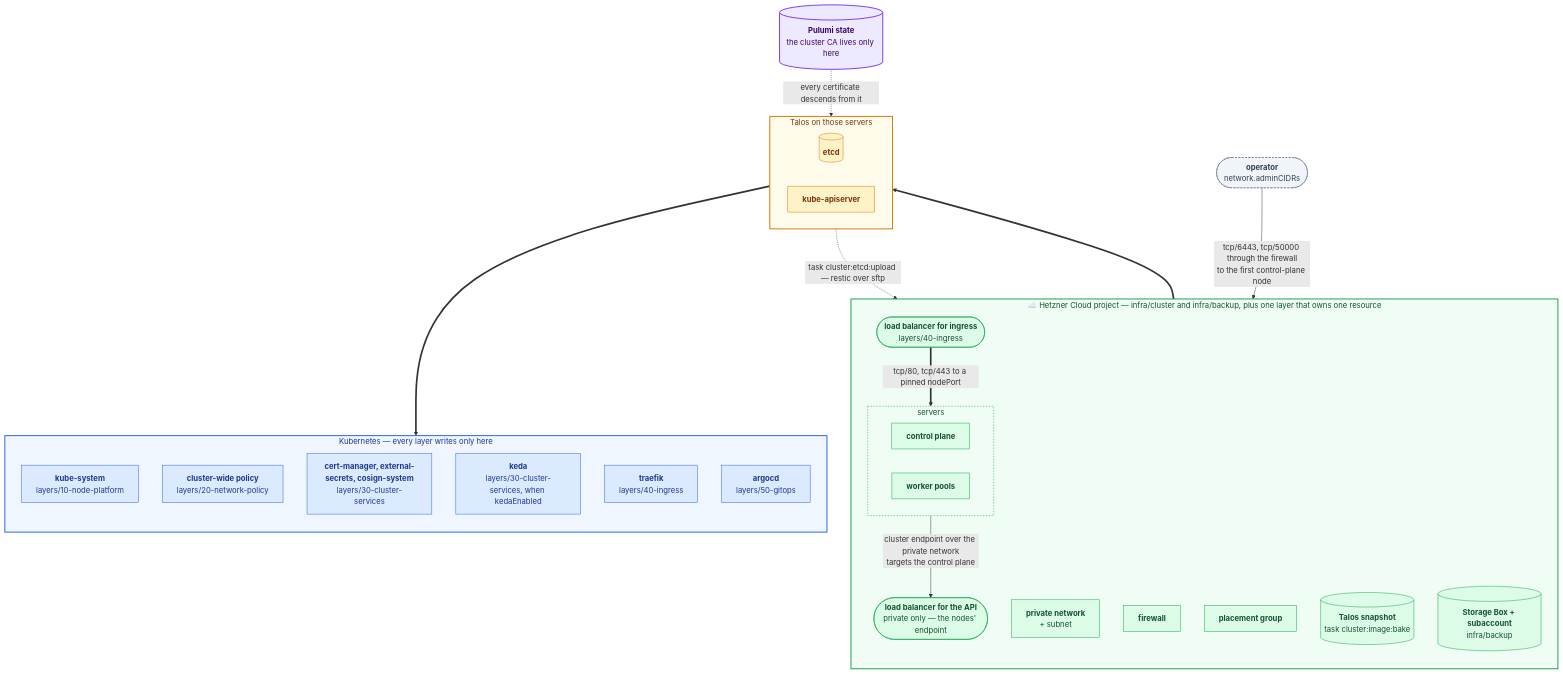
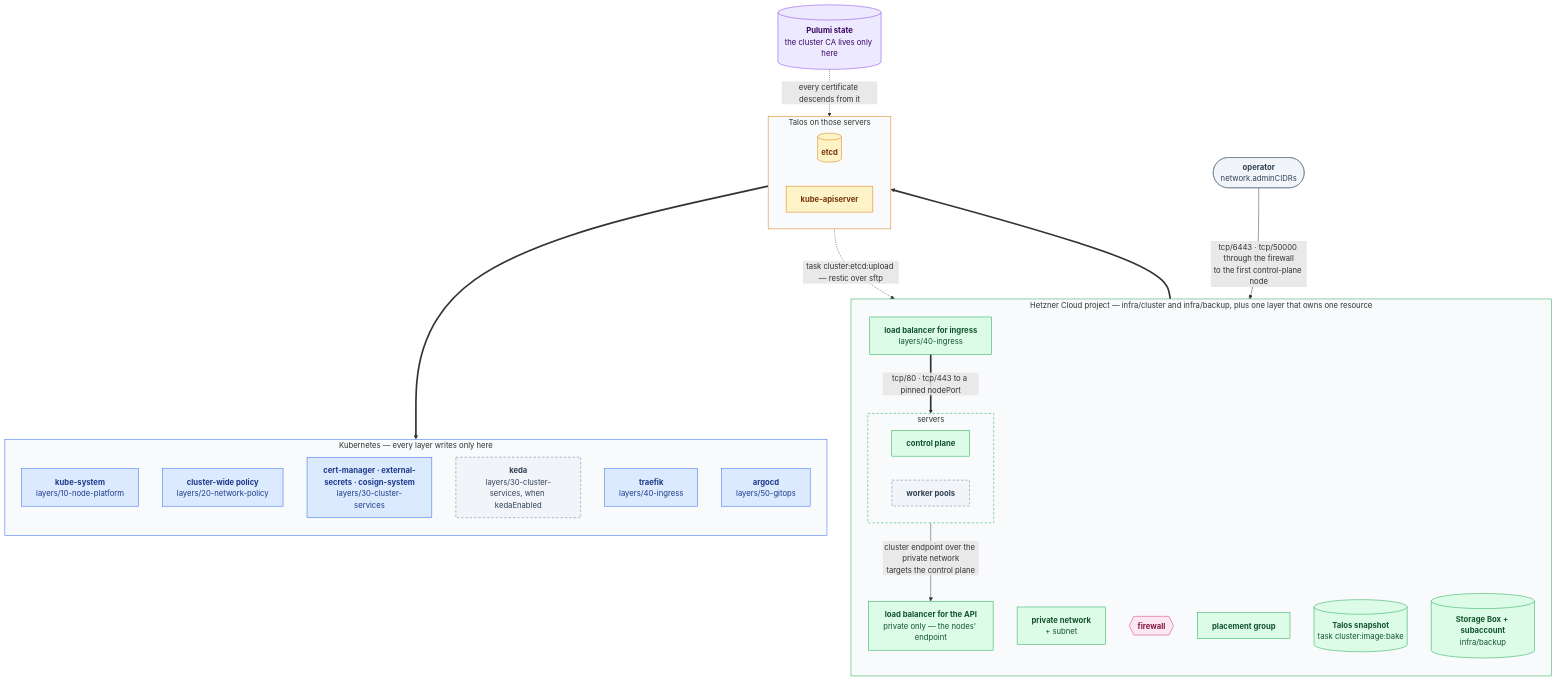
One commit to oleg-tkachuk/hetzner-iac changed the first of 2 diagrams in docs/design.md. Above: the diagram before and after it, drawn with Mermaid. The commit also changed other lines of this file and 3 other files, not shown here.

First line of the commit message:
docs(diagrams): share one palette and shape grammar across diagrams

````diff
--- a/docs/design.md
+++ b/docs/design.md
@@ -13,70 +13,66 @@
 ```mermaid
 flowchart TB
-    %% The colour says whose territory a box is in: Hetzner green, Talos amber,
-    %% Kubernetes blue, Pulumi state violet; pink marks the few gates and
-    %% secrets that deserve the eye. Light fills with dark text of the same
-    %% hue, spelled out: GitHub renders this in both themes, and a colour left
-    %% to the theme is unreadable in one of them.
-    classDef hetzner fill:#DCFCE7,stroke:#16A34A,stroke-width:1px,color:#14532D
-    classDef talos fill:#FEF3C7,stroke:#D97706,stroke-width:1px,color:#78350F
-    classDef kube fill:#DBEAFE,stroke:#2563EB,stroke-width:1px,color:#1E3A8A
-    classDef derived fill:#F1F5F9,stroke:#64748B,stroke-width:1px,stroke-dasharray:4 3,color:#334155
-    classDef state fill:#EDE9FE,stroke:#7C3AED,stroke-width:2px,color:#3B0764
-
-    subgraph hetzner["☁️ Hetzner Cloud project — infra/cluster and infra/backup, plus one layer that owns one resource"]
+    subgraph hetzner ["Hetzner Cloud project — infra/cluster and infra/backup, plus one layer that owns one resource"]
         direction TB
         net["<b>private network</b><br/>+ subnet"]
-        fw["<b>firewall</b>"]
+        fw{{"<b>firewall</b>"}}
         pg["<b>placement group</b>"]
         snap[("<b>Talos snapshot</b><br/>task cluster:image:bake")]
 
-        subgraph servers["servers"]
+        subgraph servers ["servers"]
             direction LR
             cp["<b>control plane</b>"]
             wk["<b>worker pools</b>"]
         end
 
-        apilb(["<b>load balancer for the API</b><br/>private only — the nodes' endpoint"])
-        inglb(["<b>load balancer for ingress</b><br/>layers/40-ingress"])
+        apilb["<b>load balancer for the API</b><br/>private only — the nodes' endpoint"]
+        inglb["<b>load balancer for ingress</b><br/>layers/40-ingress"]
         box[("<b>Storage Box + subaccount</b><br/>infra/backup")]
     end
 
-    subgraph talos["Talos on those servers"]
+    subgraph talos ["Talos on those servers"]
         direction LR
         etcd[("<b>etcd</b>")]
         api["<b>kube-apiserver</b>"]
     end
 
-    subgraph k8s["Kubernetes — every layer writes only here"]
+    subgraph k8s ["Kubernetes — every layer writes only here"]
         direction TB
         ks["<b>kube-system</b><br/>layers/10-node-platform"]
         pol["<b>cluster-wide policy</b><br/>layers/20-network-policy"]
-        cmns["<b>cert-manager, external-secrets, cosign-system</b><br/>layers/30-cluster-services"]
+        cmns["<b>cert-manager · external-secrets · cosign-system</b><br/>layers/30-cluster-services"]
         kedans["<b>keda</b><br/>layers/30-cluster-services, when kedaEnabled"]
         tns["<b>traefik</b><br/>layers/40-ingress"]
         argons["<b>argocd</b><br/>layers/50-gitops"]
     end
 
     trust[("<b>Pulumi state</b><br/>the cluster CA lives only here")]
     op(["<b>operator</b><br/>network.adminCIDRs"])
 
     trust -.->|"every certificate descends from it"| talos
     servers ==> talos
     talos ==> k8s
-    inglb ==>|"tcp/80, tcp/443 to a pinned nodePort"| servers
+    inglb ==>|"tcp/80 · tcp/443 to a pinned nodePort"| servers
     servers -->|"cluster endpoint over the private network<br/>targets the control plane"| apilb
-    op -->|"tcp/6443, tcp/50000 through the firewall<br/>to the first control-plane node"| fw
+    op -->|"tcp/6443 · tcp/50000 through the firewall<br/>to the first control-plane node"| fw
     etcd -.->|"task cluster:etcd:upload — restic over sftp"| box
 
-    class net,fw,pg,snap,cp,wk,box hetzner
-    class apilb,inglb hetzner
+    classDef actor fill:#F1F5F9,stroke:#64748B,color:#334155
+    classDef optional fill:#F1F5F9,stroke:#64748B,color:#334155,stroke-dasharray:5 4
+    classDef hetzner fill:#DCFCE7,stroke:#16A34A,color:#14532D
+    classDef talos fill:#FEF3C7,stroke:#D97706,color:#78350F
+    classDef kube fill:#DBEAFE,stroke:#2563EB,color:#1E3A8A
+    classDef state fill:#EDE9FE,stroke:#7C3AED,color:#3B0764
+    classDef gate fill:#FCE7F3,stroke:#DB2777,color:#831843
+    class net,pg,snap,cp,apilb,inglb,box hetzner
+    class fw gate
     class etcd,api talos
-    class ks,pol,cmns,kedans,tns,argons kube
+    class ks,pol,cmns,tns,argons kube
+    class wk,kedans optional
     class trust state
-    class op derived
-
-    style hetzner fill:#F0FDF4,stroke:#16A34A,stroke-width:2px,color:#14532D
-    style servers fill:#F0FDF4,stroke:#16A34A,stroke-dasharray:3 3,color:#14532D
-    style talos fill:#FFFBEB,stroke:#D97706,stroke-width:2px,color:#78350F
-    style k8s fill:#EFF6FF,stroke:#2563EB,stroke-width:2px,color:#1E3A8A
+    class op actor
+    style hetzner fill:#F8FAFC,stroke:#16A34A
+    style servers fill:#F8FAFC,stroke:#16A34A,stroke-dasharray:5 4
+    style talos fill:#F8FAFC,stroke:#D97706
+    style k8s fill:#F8FAFC,stroke:#2563EB
 ```
````
